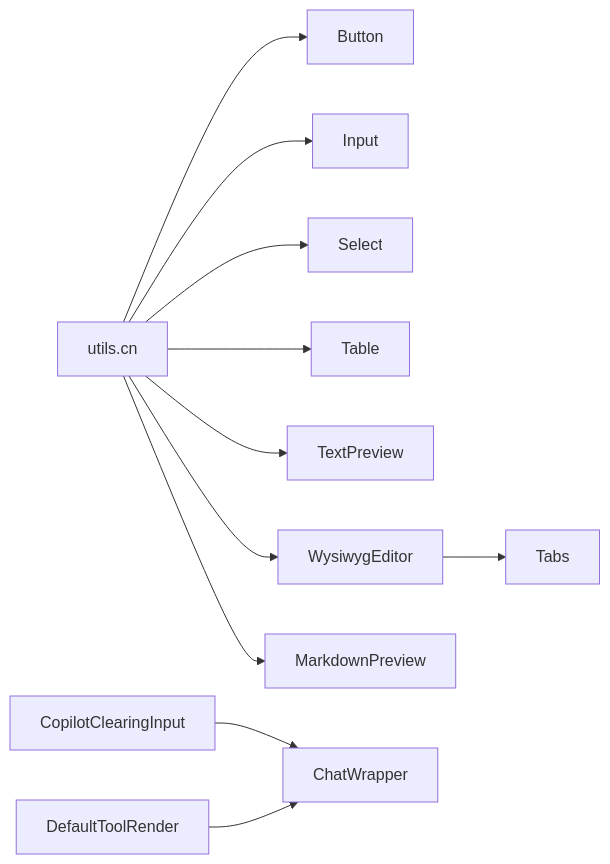
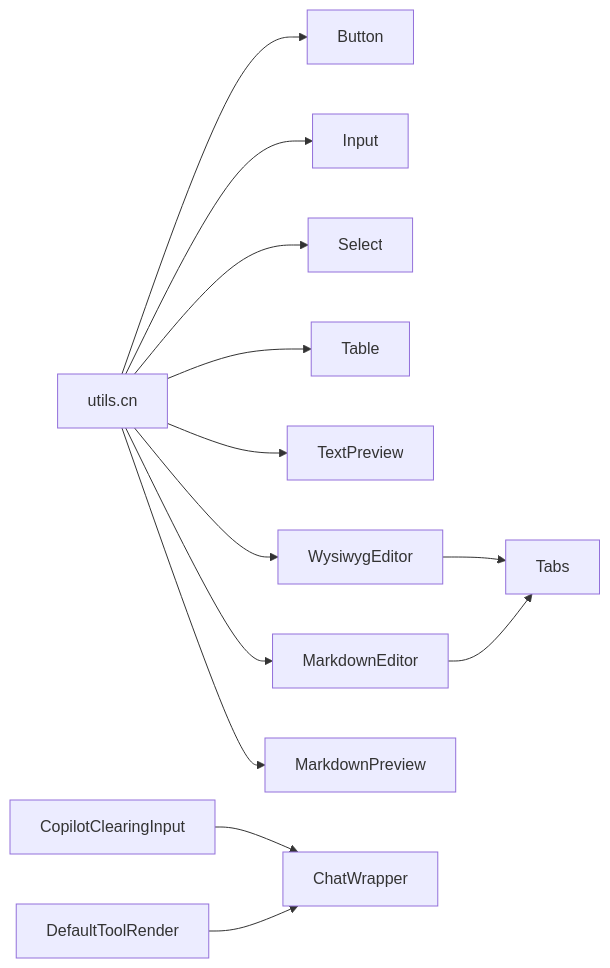
Before and after one commit to peixuanhu/goal-mate: diagram 18 of 18 in .qoder/repowiki/en/content/UI Components/UI Components.md, drawn with Mermaid. The commit also changed other lines of this file and 10 other files, not shown here.

````diff
--- a/.qoder/repowiki/en/content/UI Components/UI Components.md
+++ b/.qoder/repowiki/en/content/UI Components/UI Components.md
@@ -768,13 +822,15 @@
 ```mermaid
 graph LR
 CN["utils.cn"] --> BTN["Button"]
 CN --> INP["Input"]
 CN --> SEL["Select"]
 CN --> TAB["Table"]
 CN --> TPV["TextPreview"]
 CN --> WED["WysiwygEditor"]
+CN --> MED["MarkdownEditor"]
 CN --> MPV["MarkdownPreview"]
 CI["CopilotClearingInput"] --> CW["ChatWrapper"]
 DTR["DefaultToolRender"] --> CW
 WED --> TB["Tabs"]
+MED --> TB
 ```
````
